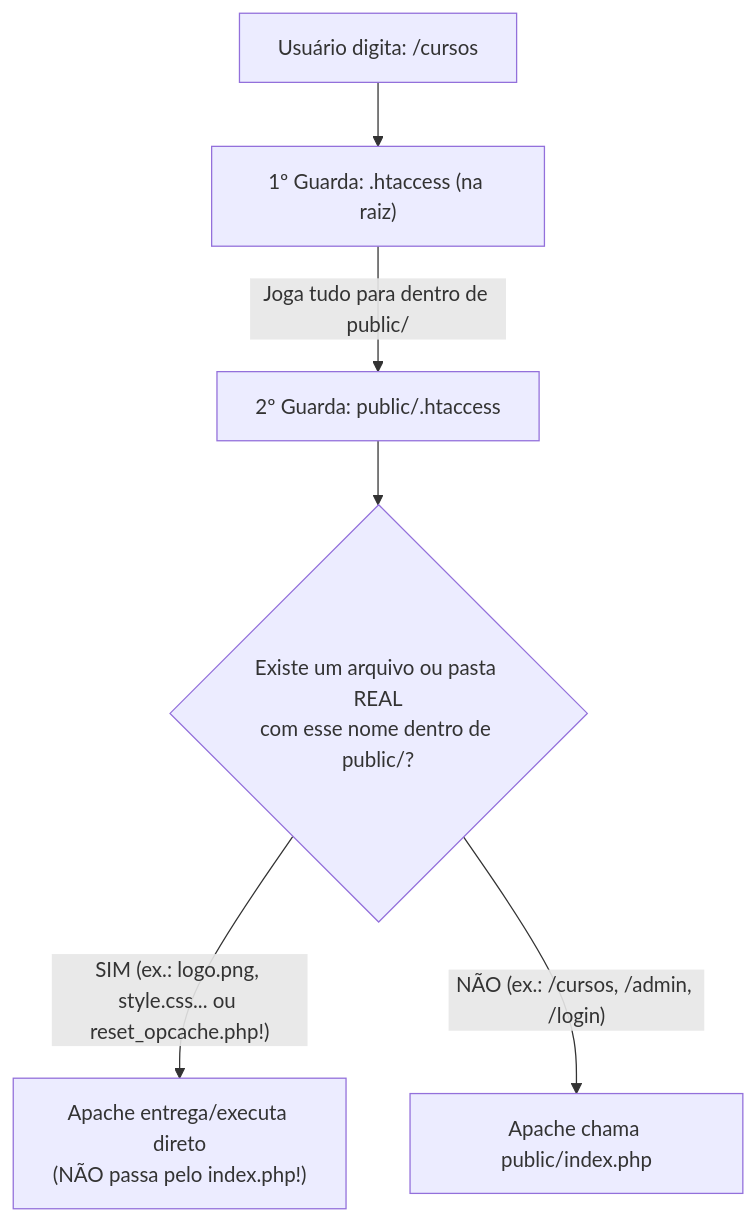
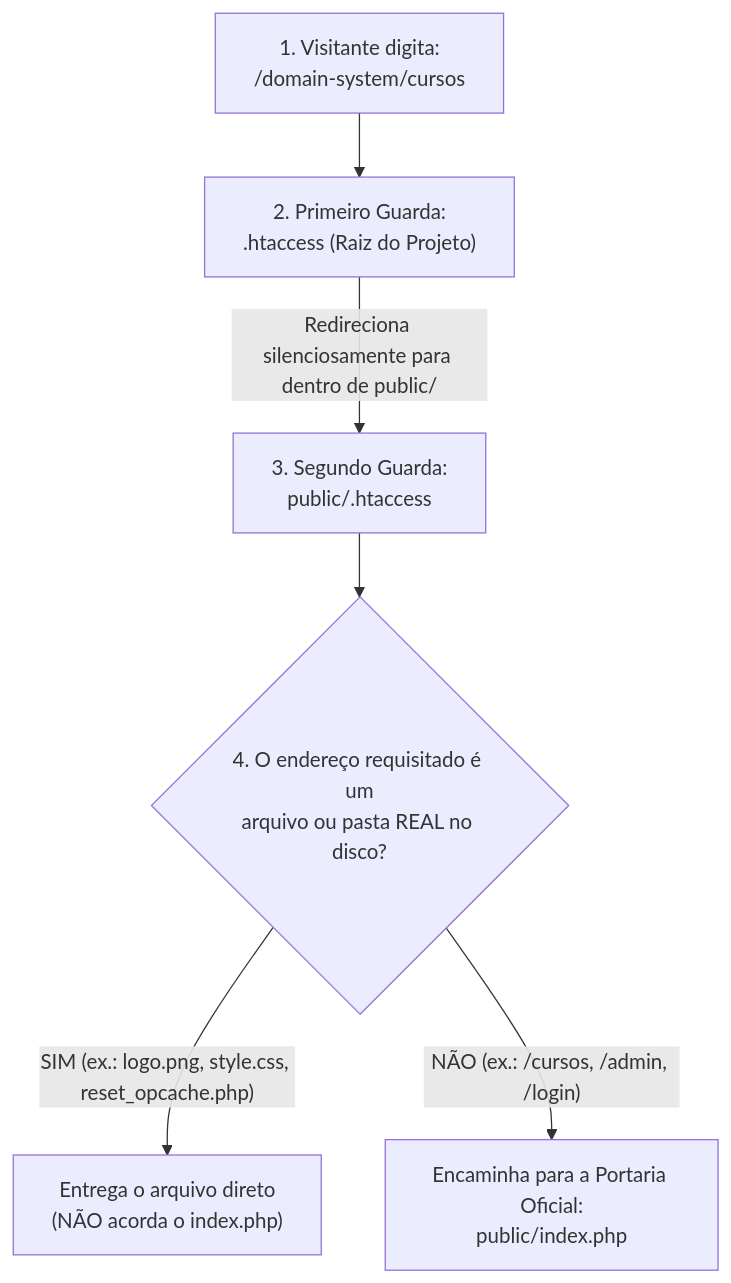
The diagram in docs/documentacao-sistema/01-start-servidor.md (hadelrachid/domain-system), drawn with Mermaid before and after one commit. The commit also changed other lines of this file and 5 other files, not shown here.

````diff
--- a/docs/documentacao-sistema/01-start-servidor.md
+++ b/docs/documentacao-sistema/01-start-servidor.md
@@ -25,8 +40,8 @@
 ```mermaid
 flowchart TD
-    U["Usuário digita: /cursos"] --> H1["1º Guarda: .htaccess (na raiz)"]
-    H1 -- "Joga tudo para dentro de public/" --> H2["2º Guarda: public/.htaccess"]
-    H2 --> Q{"Existe um arquivo ou pasta REAL<br/>com esse nome dentro de public/?"}
-    Q -- "SIM (ex.: logo.png, style.css... ou reset_opcache.php!)" --> DIR["Apache entrega/executa direto<br/>(NÃO passa pelo index.php!)"]
-    Q -- "NÃO (ex.: /cursos, /admin, /login)" --> IDX["Apache chama public/index.php"]
+    U["1. Visitante digita:<br/>/domain-system/cursos"] --> H1["2. Primeiro Guarda:<br/>.htaccess (Raiz do Projeto)"]
+    H1 -- "Redireciona silenciosamente para dentro de public/" --> H2["3. Segundo Guarda:<br/>public/.htaccess"]
+    H2 --> Q{"4. O endereço requisitado é um<br/>arquivo ou pasta REAL no disco?"}
+    Q -- "SIM (ex.: logo.png, style.css, reset_opcache.php)" --> DIR["Entrega o arquivo direto<br/>(NÃO acorda o index.php)"]
+    Q -- "NÃO (ex.: /cursos, /admin, /login)" --> IDX["Encaminha para a Portaria Oficial:<br/>public/index.php"]
 ```
````
